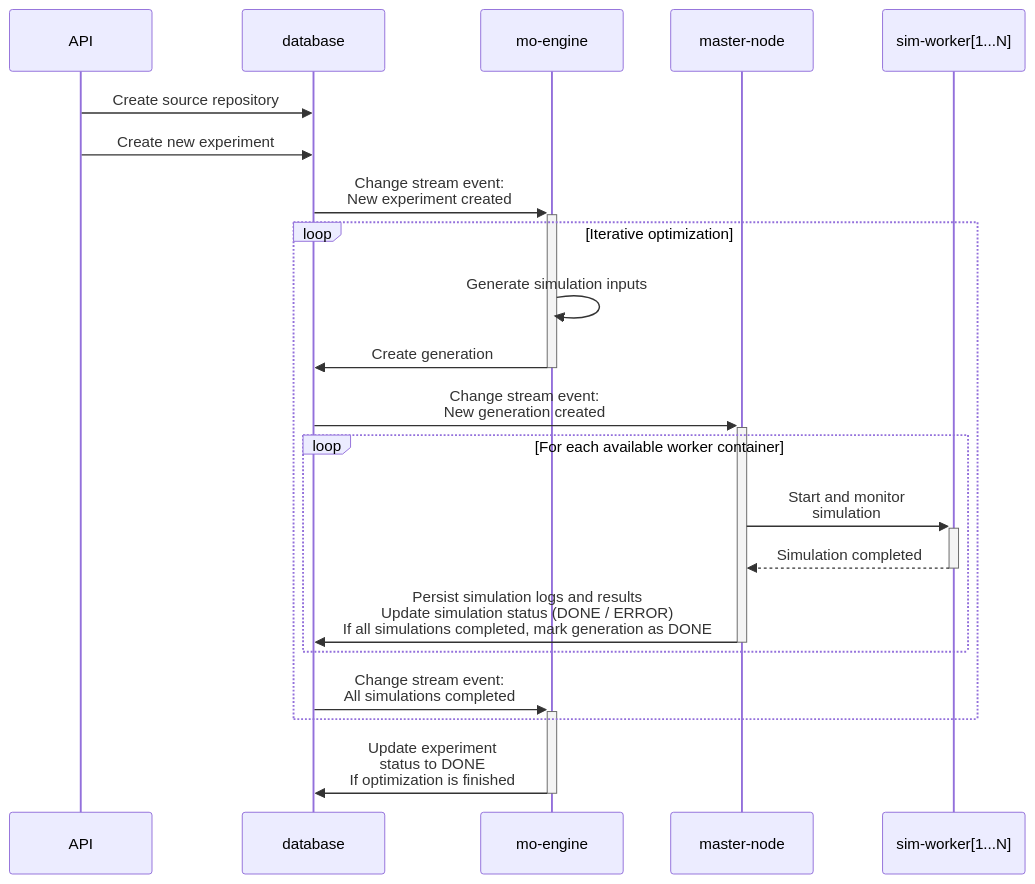
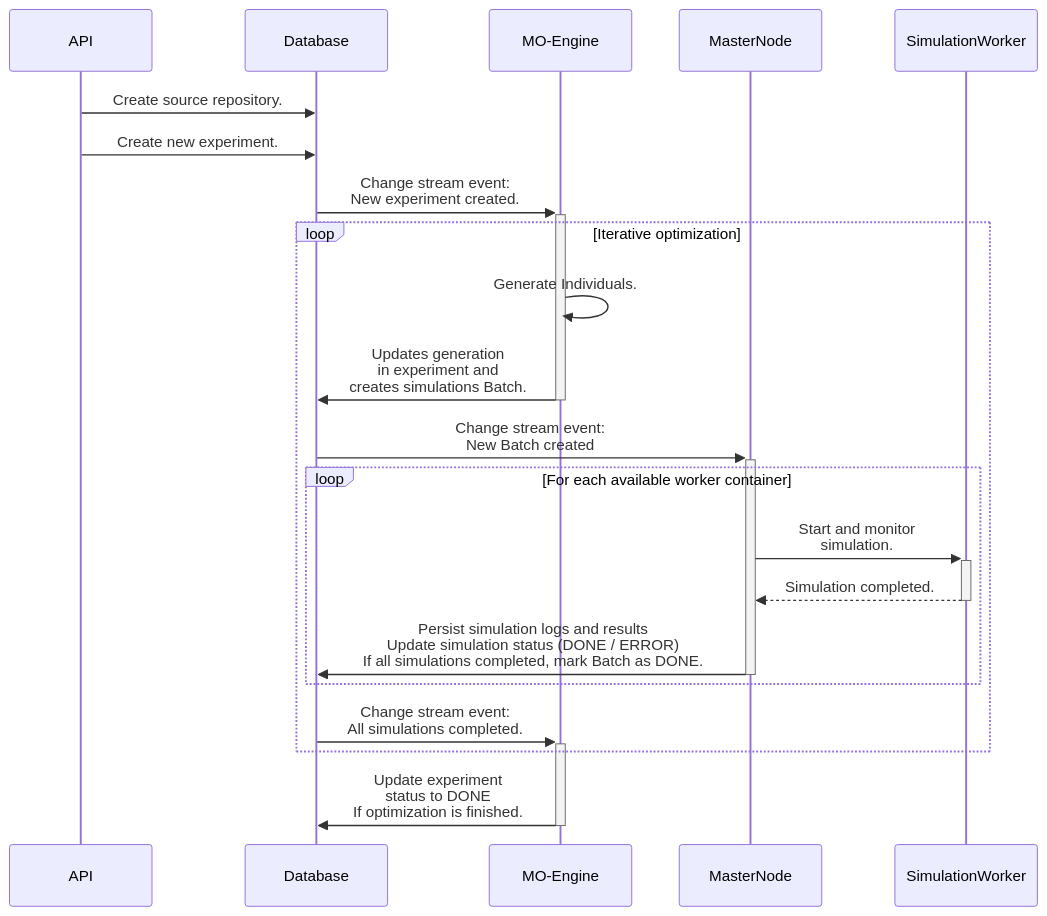
One commit to JunioCesarFerreira/simlab changed the second of 2 diagrams in README.md. Above: the diagram before and after it, drawn with Mermaid. The commit also changed other lines of this file and 1 other file, not shown here.

Commit message:
docs: updates diagrams in README

````diff
--- a/README.md
+++ b/README.md
@@ -63,25 +98,25 @@
 ```mermaid
 sequenceDiagram
-    API->>database: Create source repository
-    API->>database: Create new experiment
+    API->>Database: Create source repository.
+    API->>Database: Create new experiment.
     
-    database->>+mo-engine: Change stream event:<br/>New experiment created
+    Database->>+MO-Engine: Change stream event:<br/>New experiment created.
     
     loop Iterative optimization
-        mo-engine->>mo-engine: Generate simulation inputs
-        mo-engine->>-database: Create generation
+        MO-Engine->>MO-Engine: Generate Individuals.
+        MO-Engine->>-Database: Updates generation<br/>in experiment and<br/>creates simulations Batch.
         
-        database->>+master-node: Change stream event:<br/>New generation created
+        Database->>+MasterNode: Change stream event:<br/>New Batch created
         
         loop For each available worker container
-            master-node->>+sim-worker[1...N]: Start and monitor<br/>simulation
-            sim-worker[1...N]-->>-master-node: Simulation completed
-            master-node->>-database: Persist simulation logs and results<br/>Update simulation status (DONE / ERROR)<br/>If all simulations completed, mark generation as DONE
+            MasterNode->>+SimulationWorker: Start and monitor<br/>simulation.
+            SimulationWorker-->>-MasterNode: Simulation completed.
+            MasterNode->>-Database: Persist simulation logs and results<br/>Update simulation status (DONE / ERROR)<br/>If all simulations completed, mark Batch as DONE.
         end
         
-        database->>+mo-engine: Change stream event:<br/>All simulations completed
+        Database->>+MO-Engine: Change stream event:<br/>All simulations completed.
     end
     
-    mo-engine->>-database: Update experiment<br/>status to DONE<br/>If optimization is finished
+    MO-Engine->>-Database: Update experiment<br/>status to DONE<br/>If optimization is finished.
 
 ```
````
